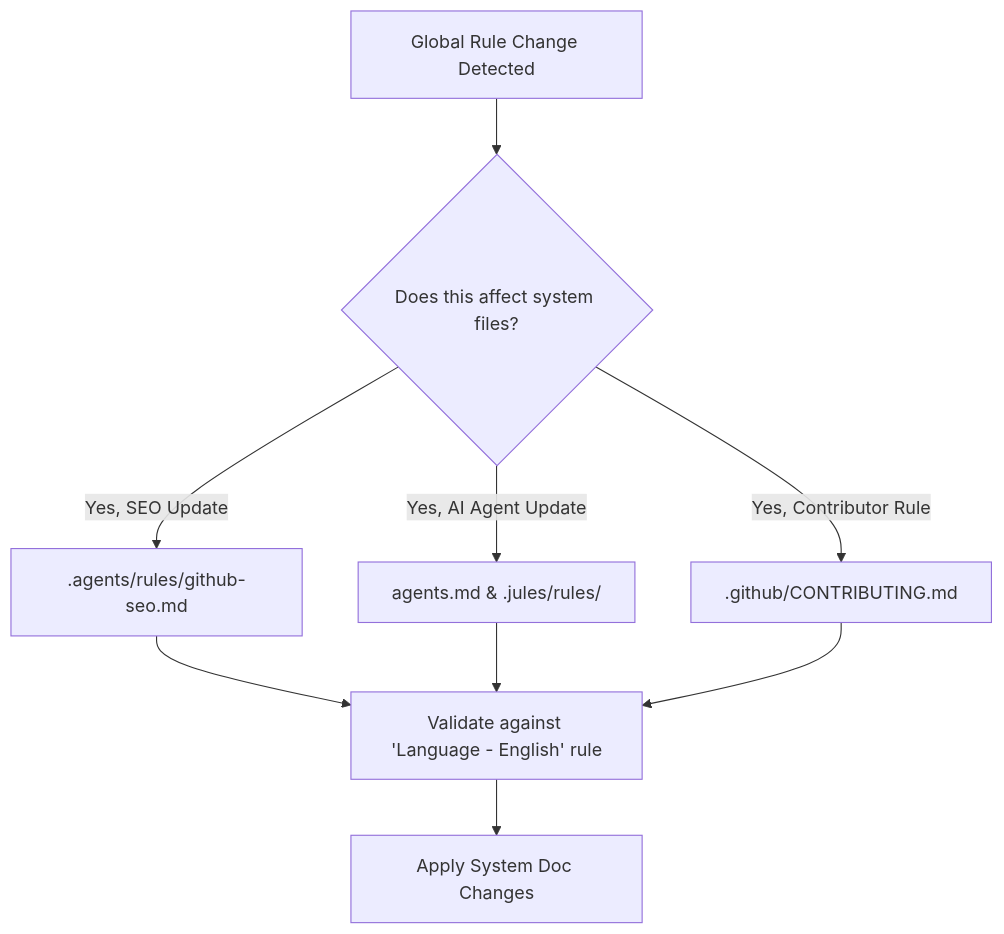
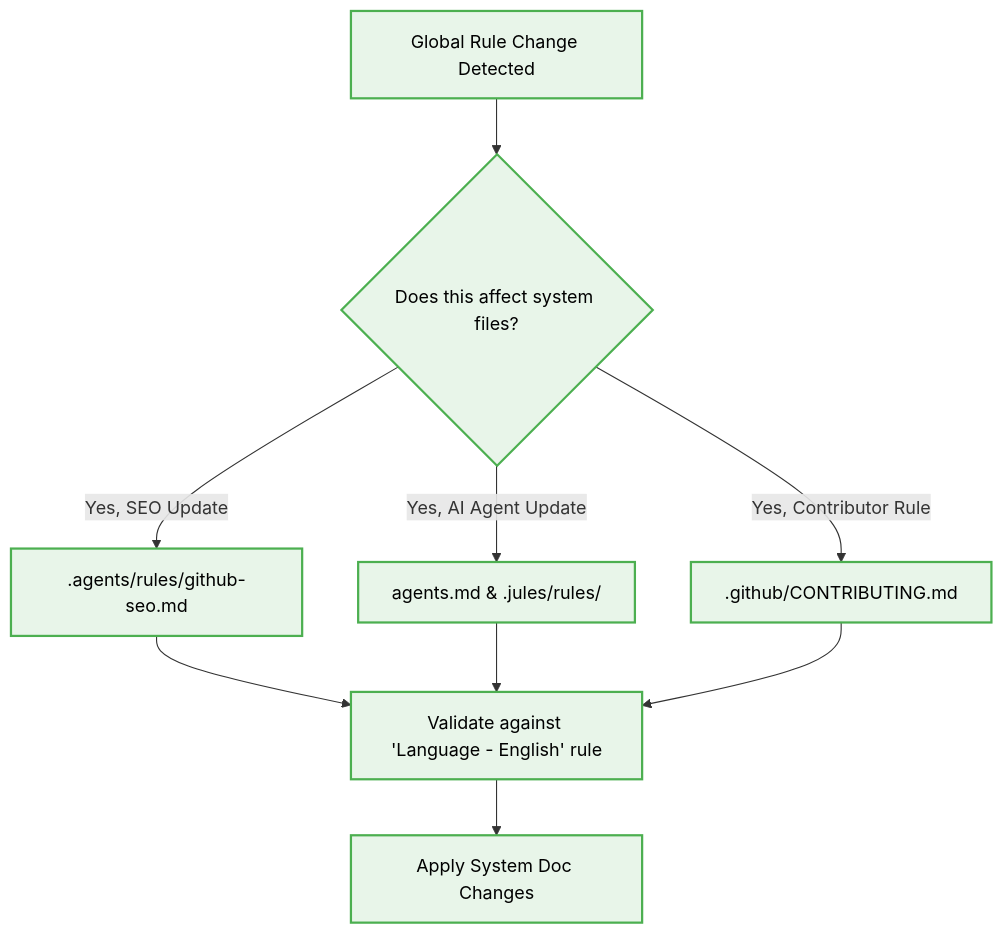
One commit to beginwebdev2002/best-practise changed the diagram in .agents/rules/system-documentation.md. Above: the diagram before and after it, drawn with Mermaid. The commit also changed 20 other files, not shown here.

First line of the commit message:
docs: update mermaid diagrams with UI/UX design tokens styling

````diff
--- a/.agents/rules/system-documentation.md
+++ b/.agents/rules/system-documentation.md
@@ -52,11 +52,24 @@
 ```mermaid
 graph TD
     RuleUpdate[Global Rule Change Detected] --> CheckFiles{Does this affect system files?}
     CheckFiles -->|Yes, SEO Update| UpdateSEO[.agents/rules/github-seo.md]
     CheckFiles -->|Yes, AI Agent Update| UpdateAgents[agents.md & .jules/rules/]
     CheckFiles -->|Yes, Contributor Rule| UpdateHub[.github/CONTRIBUTING.md]
     UpdateSEO --> Revalidate[Validate against 'Language - English' rule]
     UpdateAgents --> Revalidate
     UpdateHub --> Revalidate
     Revalidate --> Commit[Apply System Doc Changes]
+    %% Added Design Token Styles for Mermaid Diagrams
+    classDef default fill:#e1f5fe,stroke:#03a9f4,stroke-width:2px,color:#000;
+    classDef component fill:#e8f5e9,stroke:#4caf50,stroke-width:2px,color:#000;
+    classDef layout fill:#f3e5f5,stroke:#9c27b0,stroke-width:2px,color:#000;
+
+    class Revalidate component;
+    class UpdateAgents component;
+    class UpdateHub component;
+    class CheckFiles component;
+    class RuleUpdate component;
+    class Commit component;
+    class UpdateSEO component;
+
 ```
````
